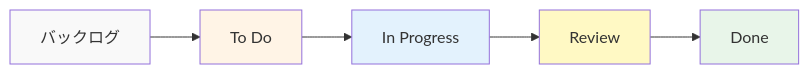
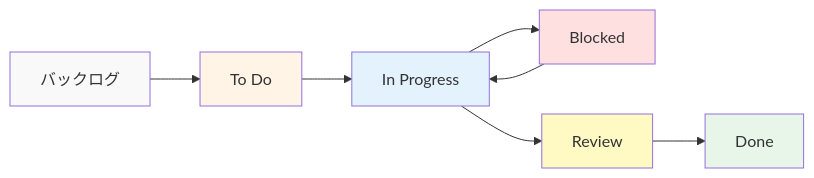
One commit to iijima-naoya-45b/starLightDemo changed the diagram in src/content/docs/組織論ガイド/10_タスク管理/01_タスク管理完全ガイド.mdx. Above: the diagram before and after it, drawn with Mermaid. The commit also changed other lines of this file and 79 other files, not shown here.

````diff
--- a/src/content/docs/組織論ガイド/10_タスク管理/01_タスク管理完全ガイド.mdx
+++ b/src/content/docs/組織論ガイド/10_タスク管理/01_タスク管理完全ガイド.mdx
@@ -264,13 +286,16 @@
 ```mermaid
 graph LR
     A[バックログ] --> B[To Do]
     B --> C[In Progress]
-    C --> D[Review]
-    D --> E[Done]
+    C --> D[Blocked]
+    C --> E[Review]
+    D --> C
+    E --> F[Done]
     
     style A fill:#f9f9f9
     style B fill:#fff4e6
     style C fill:#e3f2fd
-    style D fill:#fff9c4
-    style E fill:#e8f5e9
+    style D fill:#ffe0e0
+    style E fill:#fff9c4
+    style F fill:#e8f5e9
 ```
````
